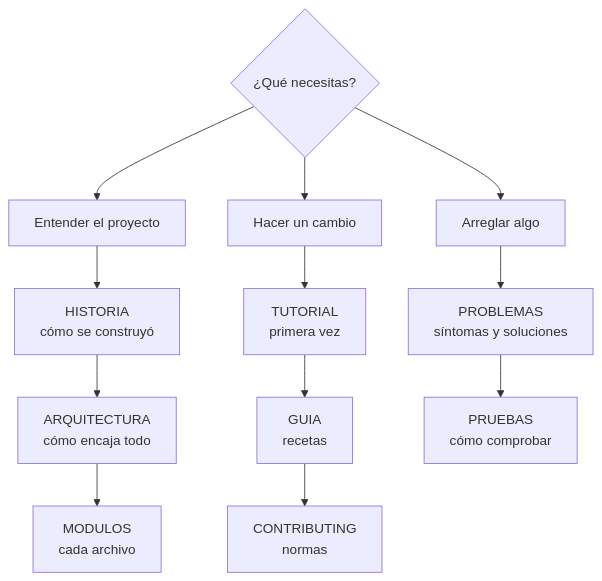
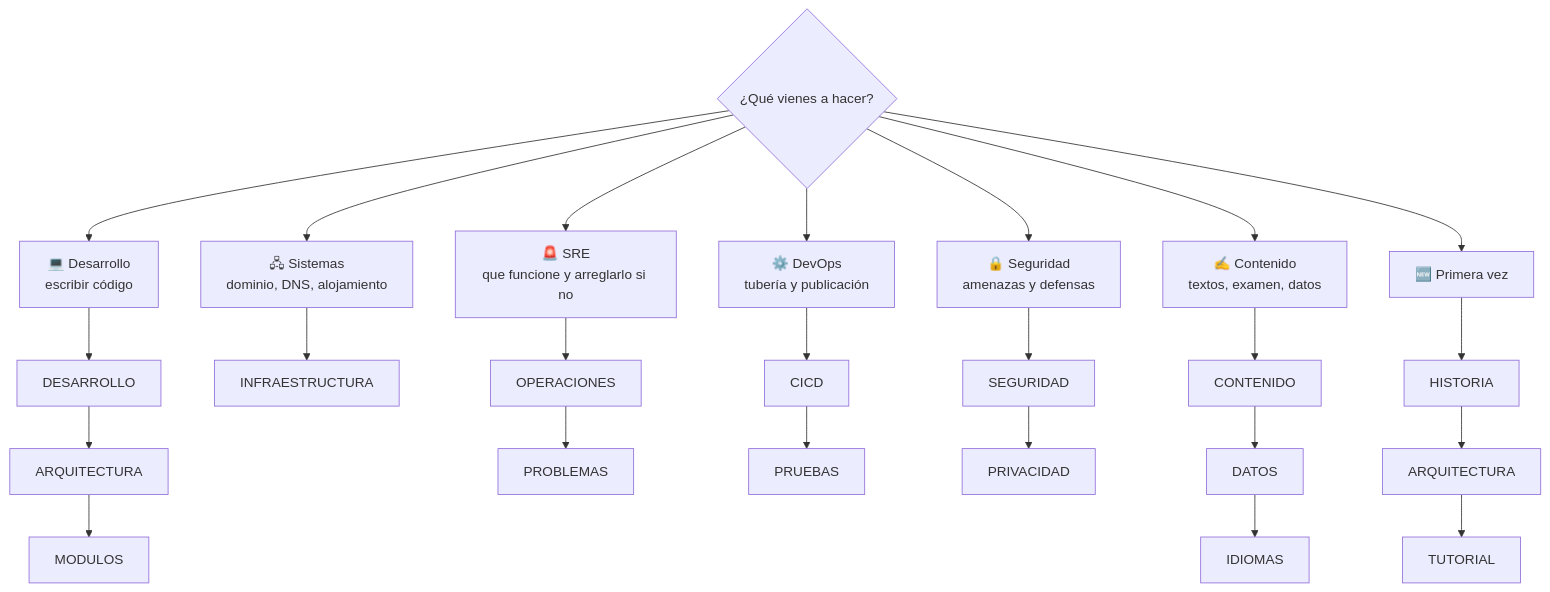
The diagram in docs/README.md (serbenda/radio), drawn with Mermaid before and after one commit. The commit also changed other lines of this file and 29 other files, not shown here.

````diff
--- a/docs/README.md
+++ b/docs/README.md
@@ -7,9 +7,18 @@
 ```mermaid
 flowchart TD
-  A{¿Qué necesitas?} --> B[Entender el proyecto]
-  A --> C[Hacer un cambio]
-  A --> D[Arreglar algo]
-  B --> B1[HISTORIA<br/>cómo se construyó] --> B2[ARQUITECTURA<br/>cómo encaja todo] --> B3[MODULOS<br/>cada archivo]
-  C --> C1[TUTORIAL<br/>primera vez] --> C2[GUIA<br/>recetas] --> C3[CONTRIBUTING<br/>normas]
-  D --> D1[PROBLEMAS<br/>síntomas y soluciones] --> D2[PRUEBAS<br/>cómo comprobar]
+  Q{¿Qué vienes a hacer?}
+  Q --> DEV[💻 Desarrollo<br/>escribir código]
+  Q --> SYS[🖧 Sistemas<br/>dominio, DNS, alojamiento]
+  Q --> SRE[🚨 SRE<br/>que funcione y arreglarlo si no]
+  Q --> OPS[⚙️ DevOps<br/>tubería y publicación]
+  Q --> SEC[🔒 Seguridad<br/>amenazas y defensas]
+  Q --> CON[✍️ Contenido<br/>textos, examen, datos]
+  Q --> NEW[🆕 Primera vez]
+  DEV --> D1[DESARROLLO] --> D2[ARQUITECTURA] --> D3[MODULOS]
+  SYS --> S1[INFRAESTRUCTURA]
+  SRE --> R1[OPERACIONES] --> R2[PROBLEMAS]
+  OPS --> O1[CICD] --> O2[PRUEBAS]
+  SEC --> X1[SEGURIDAD] --> X2[PRIVACIDAD]
+  CON --> C1[CONTENIDO] --> C2[DATOS] --> C3[IDIOMAS]
+  NEW --> N1[HISTORIA] --> N2[ARQUITECTURA] --> N3[TUTORIAL]
 ```
````
